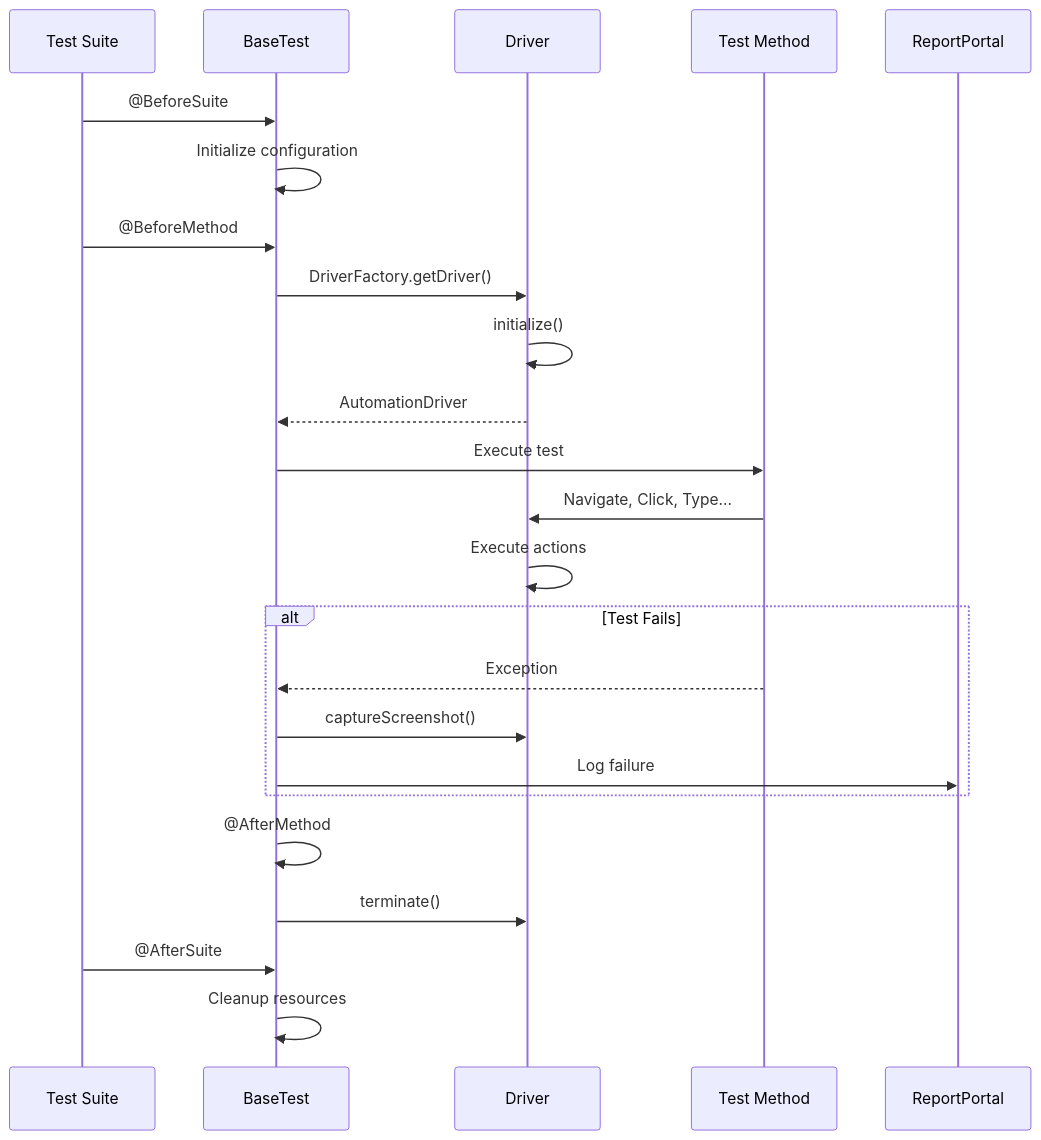
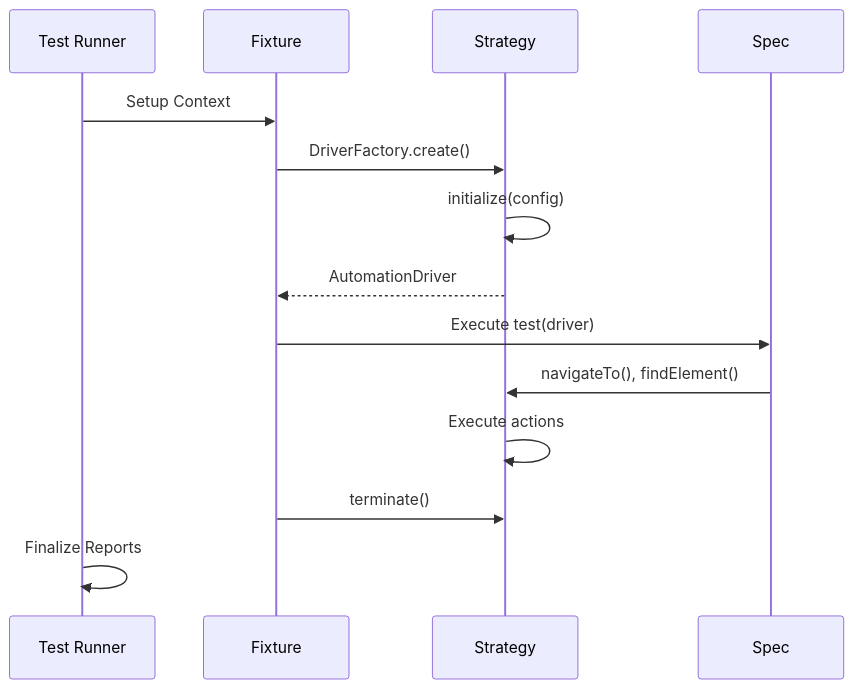
Before and after one commit to vinipx/taflex: the fourth of 4 diagrams in documentation/docs/architecture/overview.md, drawn with Mermaid. The commit also changed other lines of this file and 69 other files, not shown here.

````diff
--- a/documentation/docs/architecture/overview.md
+++ b/documentation/docs/architecture/overview.md
@@ -196,32 +176,19 @@
 ```mermaid
 sequenceDiagram
-    participant Suite as Test Suite
-    participant BT as BaseTest
-    participant Driver as Driver
-    participant Test as Test Method
-    participant Report as ReportPortal
+    participant Suite as Test Runner
+    participant FIX as Fixture
+    participant Driver as Strategy
+    participant Test as Spec
 
-    Suite->>BT: @BeforeSuite
-    BT->>BT: Initialize configuration
+    Suite->>FIX: Setup Context
+    FIX->>Driver: DriverFactory.create()
+    Driver->>Driver: initialize(config)
+    Driver-->>FIX: AutomationDriver
 
-    Suite->>BT: @BeforeMethod
-    BT->>Driver: DriverFactory.getDriver()
-    Driver->>Driver: initialize()
-    Driver-->>BT: AutomationDriver
-
-    BT->>Test: Execute test
-    Test->>Driver: Navigate, Click, Type...
+    FIX->>Test: Execute test(driver)
+    Test->>Driver: navigateTo(), findElement()
     Driver->>Driver: Execute actions
 
-    alt Test Fails
-        Test-->>BT: Exception
-        BT->>Driver: captureScreenshot()
-        BT->>Report: Log failure
-    end
-
-    BT->>BT: @AfterMethod
-    BT->>Driver: terminate()
-
-    Suite->>BT: @AfterSuite
-    BT->>BT: Cleanup resources
+    FIX->>Driver: terminate()
+    Suite->>Suite: Finalize Reports
 ```
````
